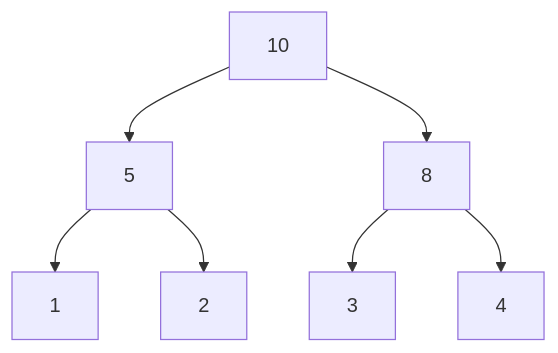
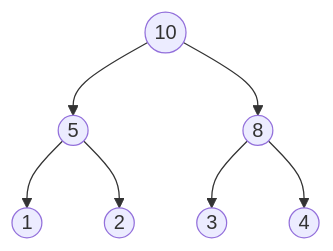
The fifth of 15 diagrams in cst/6binnode/Ex6a2binnode.md (3strategy/BeautifulMivney), drawn with Mermaid before and after one commit. The commit also changed other lines of this file and 3 other files, not shown here.

````diff
--- a/cst/6binnode/Ex6a2binnode.md
+++ b/cst/6binnode/Ex6a2binnode.md
@@ -99,9 +99,9 @@
     ```mermaid
     flowchart TB
-      A[10] --> B[5]
-      A --> C[8]
-      B --> D[1]:::leaf
-      B --> E[2]:::leaf
-      C --> F[3]:::leaf
-      C --> G[4]:::leaf
+      A((10)) --> B((5))
+      A --> C((8))
+      B --> D((1)):::leaf
+      B --> E((2)):::leaf
+      C --> F((3)):::leaf
+      C --> G((4)):::leaf
     ```
````
